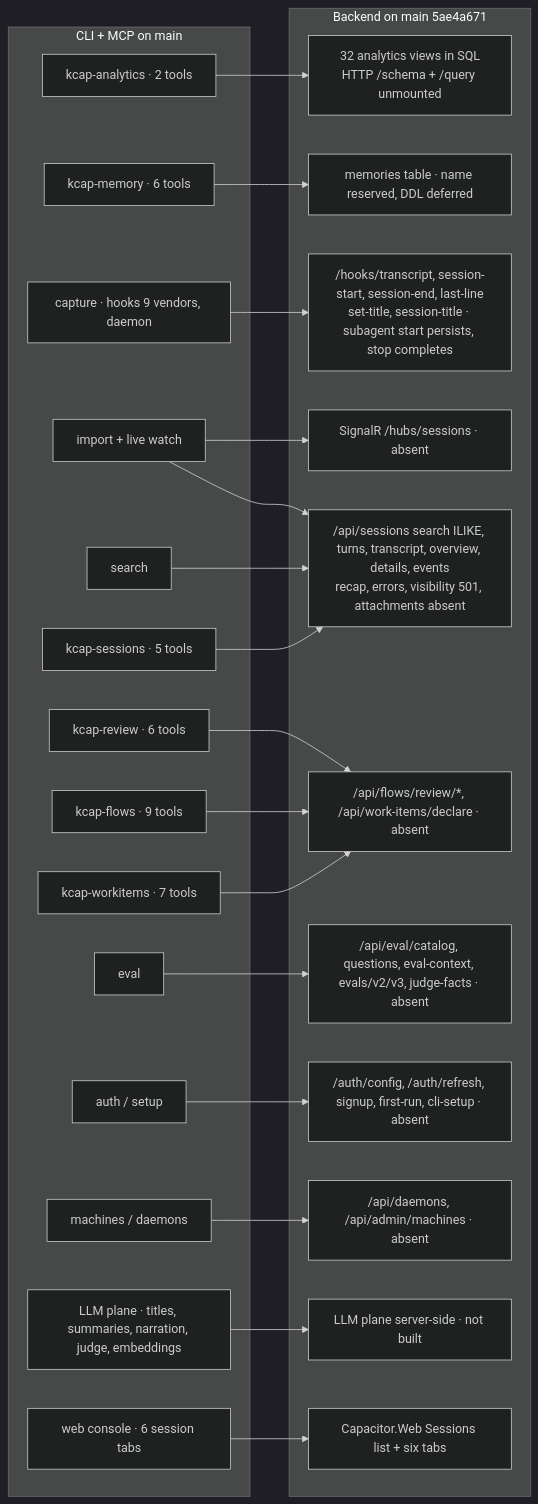
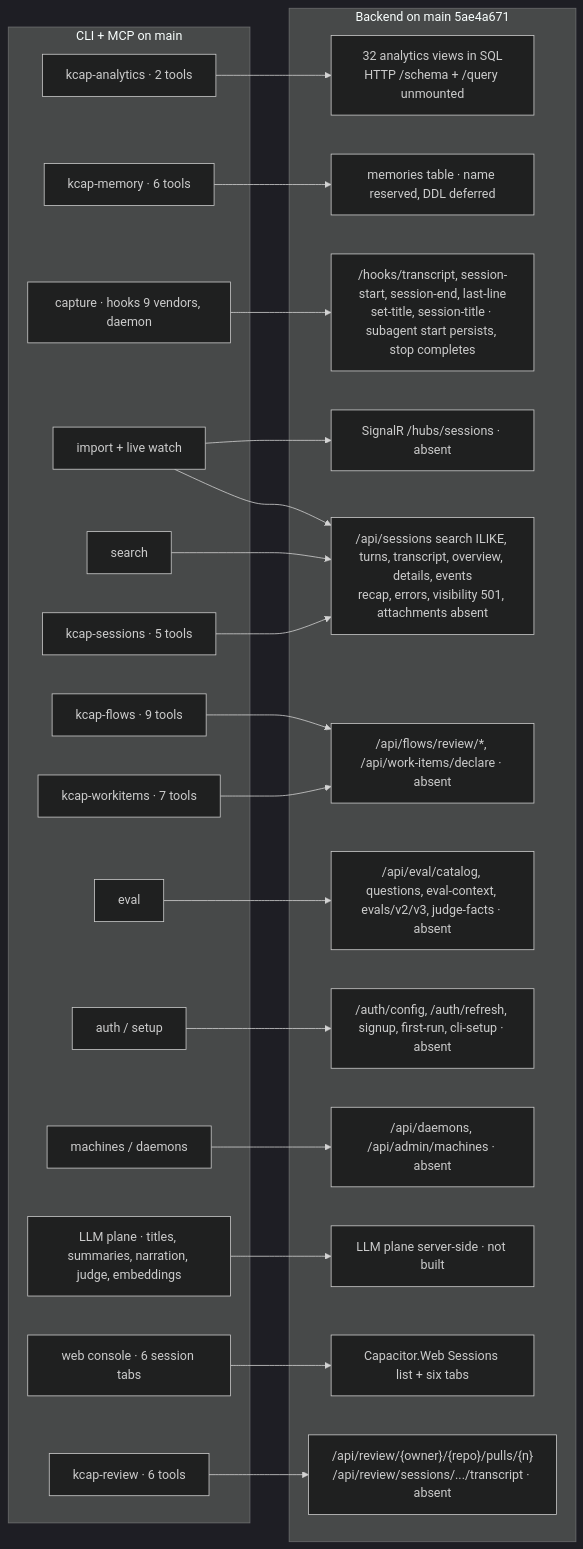
The second of 3 diagrams in reference/REPLICATION-MAP-2026-09-04.md (MooseGooseConsulting/capacitor), drawn with Mermaid (dark theme) before and after one commit. The commit also changed other lines of this file and 6 other files, not shown here.

````diff
--- a/reference/REPLICATION-MAP-2026-09-04.md
+++ b/reference/REPLICATION-MAP-2026-09-04.md
@@ -102,47 +93,48 @@
 ```mermaid
 flowchart LR
   subgraph client [CLI + MCP on main]
     C1["capture · hooks 9 vendors, daemon"]
     C2["import + live watch"]
     C3["eval"]
     C4["auth / setup"]
     C5["machines / daemons"]
     C6["LLM plane · titles, summaries, narration, judge, embeddings"]
     C7["search"]
     C8["web console · 6 session tabs"]
     M1["kcap-analytics · 2 tools"]
     M2["kcap-sessions · 5 tools"]
     M3["kcap-review · 6 tools"]
     M4["kcap-flows · 9 tools"]
     M5["kcap-memory · 6 tools"]
     M6["kcap-workitems · 7 tools"]
   end
   subgraph backend [Backend on main 5ae4a671]
     B1["32 analytics views in SQL<br/>HTTP /schema + /query unmounted"]
     B2["memories table · name reserved, DDL deferred"]
     B3["/hooks/transcript, session-start, session-end, last-line<br/>set-title, session-title · subagent start persists, stop completes"]
     B4["SignalR /hubs/sessions · absent"]
     B5["/api/sessions search ILIKE, turns, transcript, overview, details, events<br/>recap, errors, visibility 501, attachments absent"]
     B6["/api/flows/review/*, /api/work-items/declare · absent"]
     B7["/api/eval/catalog, questions, eval-context, evals/v2/v3, judge-facts · absent"]
     B8["/auth/config, /auth/refresh, signup, first-run, cli-setup · absent"]
     B9["/api/daemons, /api/admin/machines · absent"]
     B10["LLM plane server-side · not built"]
     B11["Capacitor.Web Sessions list + six tabs"]
+    B12["/api/review/{owner}/{repo}/pulls/{n}<br/>/api/review/sessions/.../transcript · absent"]
   end
   C1 --> B3
   C2 --> B4
   C2 --> B5
   C3 --> B7
   C4 --> B8
   C5 --> B9
   C6 --> B10
   C7 --> B5
   C8 --> B11
   M1 --> B1
   M2 --> B5
-  M3 --> B6
+  M3 --> B12
   M4 --> B6
   M5 --> B2
   M6 --> B6
 ```
````
